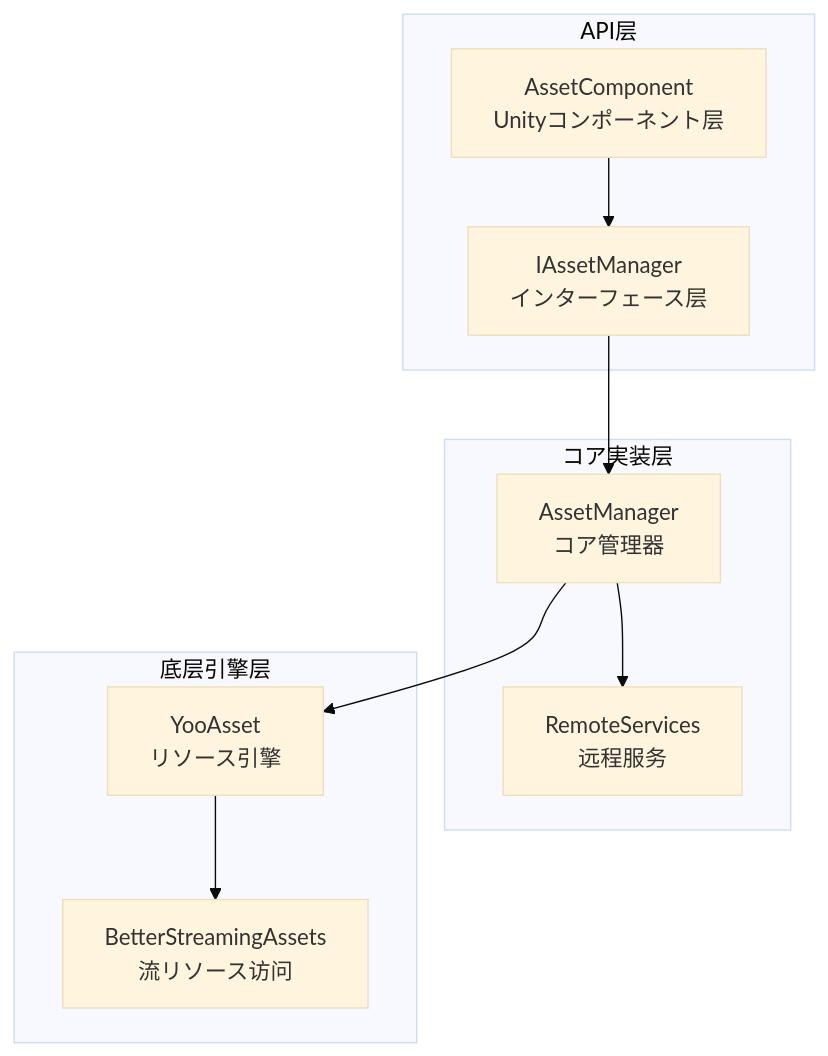
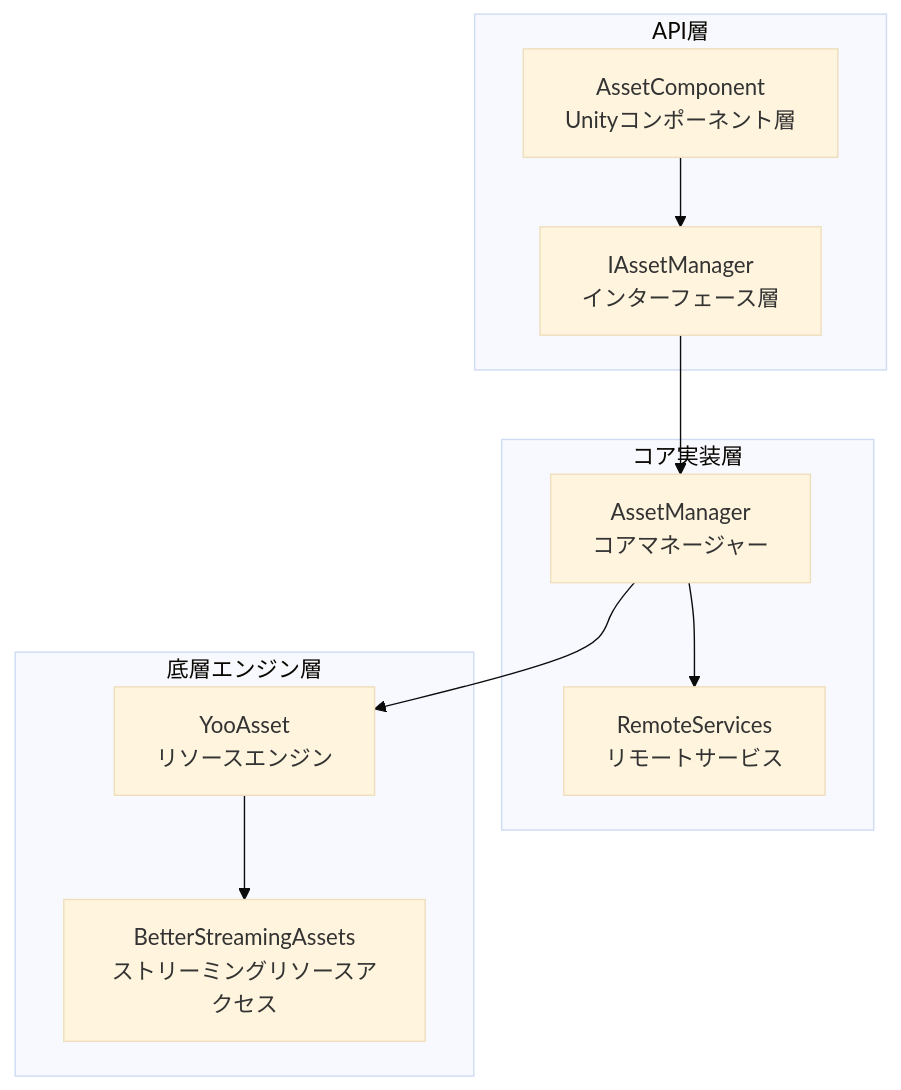
The first of 4 diagrams in docs/ja/client/unity/component/asset/10.asset-manager.md (AlianBlank/GameFrameX.Docs), drawn with Mermaid (base theme) before and after one commit. The commit also changed other lines of this file and 320 other files, not shown here.

````diff
--- a/docs/ja/client/unity/component/asset/10.asset-manager.md
+++ b/docs/ja/client/unity/component/asset/10.asset-manager.md
@@ -23,23 +23,23 @@
 ```mermaid
 graph TD
-    subgraph API层
-        A1[AssetComponent<br/>Unityコンポーネント层]
-        A2[IAssetManager<br/>インターフェース层]
+    subgraph API層
+        A1[AssetComponent<br/>Unityコンポーネント層]
+        A2[IAssetManager<br/>インターフェース層]
     end
     
-    subgraph コア実装层
-        B1[AssetManager<br/>コア管理器]
-        B2[RemoteServices<br/>远程服务]
+    subgraph コア実装層
+        B1[AssetManager<br/>コアマネージャー]
+        B2[RemoteServices<br/>リモートサービス]
     end
     
-    subgraph 底层引擎层
-        C1[YooAsset<br/>リソース引擎]
-        C2[BetterStreamingAssets<br/>流リソース访问]
+    subgraph 底層エンジン層
+        C1[YooAsset<br/>リソースエンジン]
+        C2[BetterStreamingAssets<br/>ストリーミングリソースアクセス]
     end
     
     A1 --> A2
     A2 --> B1
     B1 --> B2
     B1 --> C1
     C1 --> C2
 ```
````
